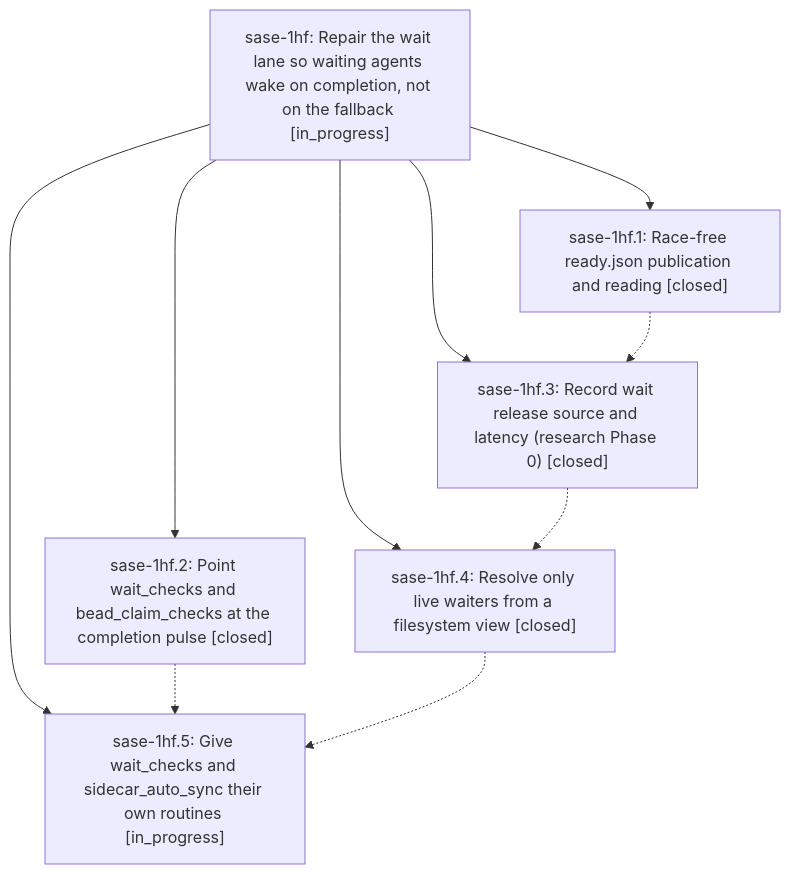
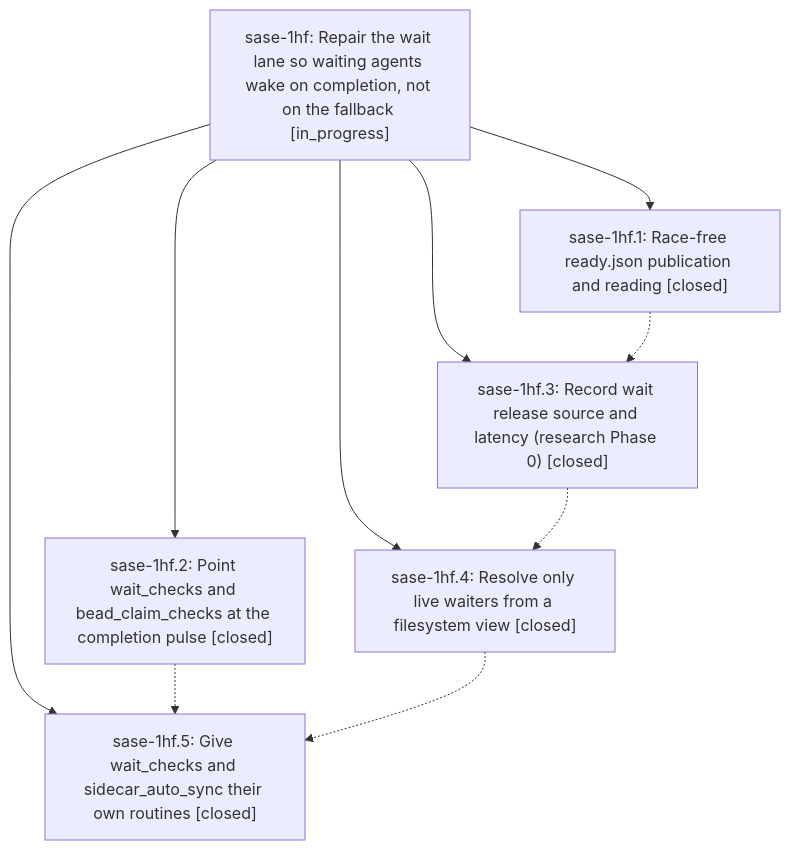
One commit to sase-org/sase--beads changed the diagram in pages/sase-1hf/README.md. Above: the diagram before and after it, drawn with Mermaid. The commit also changed other lines of this file and 3 other files, not shown here.

First line of the commit message:
chore(beads): sync bead state and pages for sase-1hf

````diff
--- a/pages/sase-1hf/README.md
+++ b/pages/sase-1hf/README.md
@@ -38,18 +38,18 @@
 ```mermaid
 flowchart TD
     n0["sase-1hf: Repair the wait lane so waiting agents wake on completion, not on the fallback [in_progress]"]
     n1["sase-1hf.1: Race-free ready.json publication and reading [closed]"]
     n2["sase-1hf.2: Point wait_checks and bead_claim_checks at the completion pulse [closed]"]
     n3["sase-1hf.3: Record wait release source and latency (research Phase 0) [closed]"]
     n4["sase-1hf.4: Resolve only live waiters from a filesystem view [closed]"]
-    n5["sase-1hf.5: Give wait_checks and sidecar_auto_sync their own routines [in_progress]"]
+    n5["sase-1hf.5: Give wait_checks and sidecar_auto_sync their own routines [closed]"]
     n0 --> n1
     n0 --> n2
     n0 --> n3
     n0 --> n4
     n0 --> n5
     n1 -.-> n3
     n2 -.-> n5
     n3 -.-> n4
     n4 -.-> n5
 ```
````
